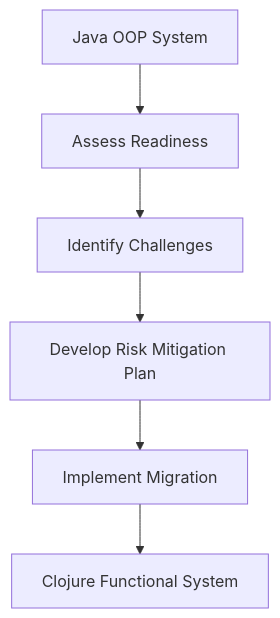
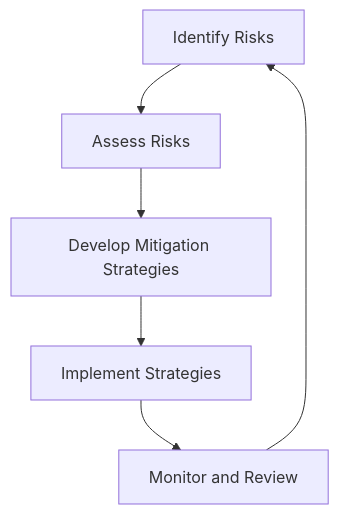
The diagram in content/3/2/2/index.md (MasteryEducation/ClojureForJava.com), drawn with Mermaid before and after one commit. The commit also changed other lines of this file and 74 other files, not shown here.

````diff
--- a/content/3/2/2/index.md
+++ b/content/3/2/2/index.md
@@ -180,8 +204,8 @@
 ```mermaid
 graph TD;
-    A[Java OOP System] --> B[Assess Readiness];
-    B --> C[Identify Challenges];
-    C --> D[Develop Risk Mitigation Plan];
-    D --> E[Implement Migration];
-    E --> F[Clojure Functional System];
+    A[Identify Risks] --> B[Assess Risks];
+    B --> C[Develop Mitigation Strategies];
+    C --> D[Implement Strategies];
+    D --> E[Monitor and Review];
+    E --> A;
 ```
````
